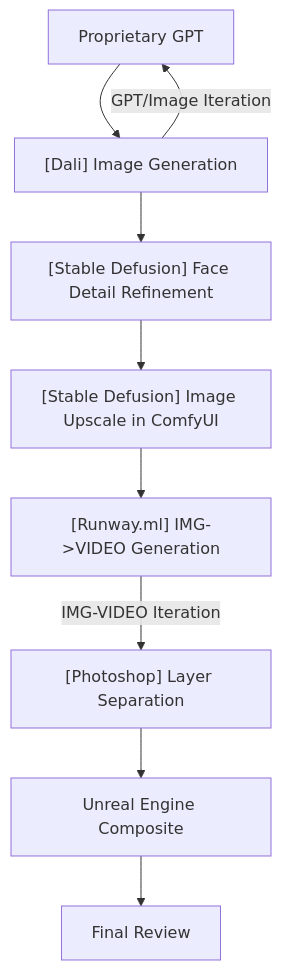
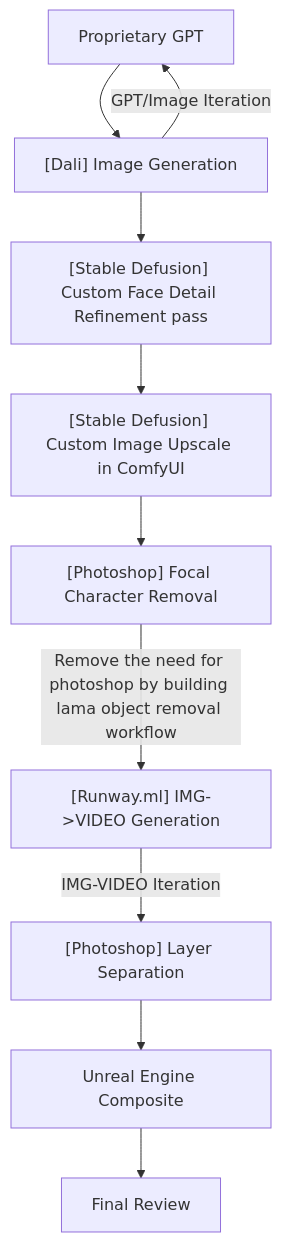
One commit to diamond-one/hybrid-AI-animated-shorts-pipeline changed the diagram in bg-Character-workflow.md. Above: the diagram before and after it, drawn with Mermaid. The commit also changed other lines of this file, not shown here.

Commit message:
modifications to bg-character workflow

````diff
--- a/bg-Character-workflow.md
+++ b/bg-Character-workflow.md
@@ -1,21 +3,23 @@
 ```mermaid
 flowchart TD
     node1["Proprietary GPT"]
     node2["[Dali] Image Generation"]
-    node4["[Stable Defusion] Face Detail Refinement"]
-    node5["[Stable Defusion] Image Upscale in ComfyUI"]
+    node2a["[Photoshop] Focal Character Removal"]
+    node4["[Stable Defusion] Custom Face Detail Refinement pass"]
+    node5["[Stable Defusion] Custom Image Upscale in ComfyUI"]
     node6["[Runway.ml] IMG->VIDEO Generation"]
     node7["[Photoshop] Layer Separation"]
     node8["Unreal Engine Composite"]
     node9["Final Review"]
 
     node1 --> node2
     node2 -- GPT/Image Iteration--> node1
     node2 --> node4
     node4 --> node5
-    node5 --> node6
+    node5 --> node2a
+    node2a--Remove the need for photoshop by building lama object removal workflow--> node6
     node6 --IMG-VIDEO Iteration --> node7
     node7 --> node8
     node8 --> node9
 
 ```
````
